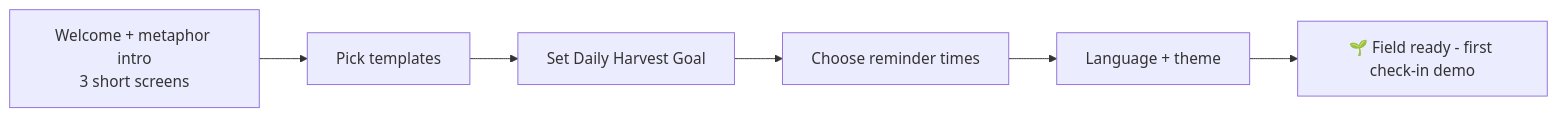
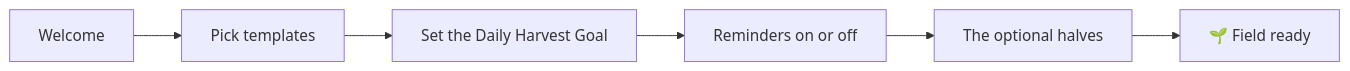
Before and after one commit to ABakdi/Harvest: the diagram in docs/01-Specification/Onboarding.md, drawn with Mermaid. The commit also changed other lines of this file and 20 other files, not shown here.

````diff
--- a/docs/01-Specification/Onboarding.md
+++ b/docs/01-Specification/Onboarding.md
@@ -5,8 +5,8 @@
 ```mermaid
 flowchart LR
-    A[Welcome + metaphor intro<br/>3 short screens] --> B[Pick templates]
-    B --> C[Set Daily Harvest Goal]
-    C --> D[Choose reminder times]
-    D --> E[Language + theme]
-    E --> F[🌱 Field ready - first check-in demo]
+    A[Welcome] --> B[Pick templates]
+    B --> C[Set the Daily Harvest Goal]
+    C --> D[Reminders on or off]
+    D --> E[The optional halves]
+    E --> F[🌱 Field ready]
 ```
````
